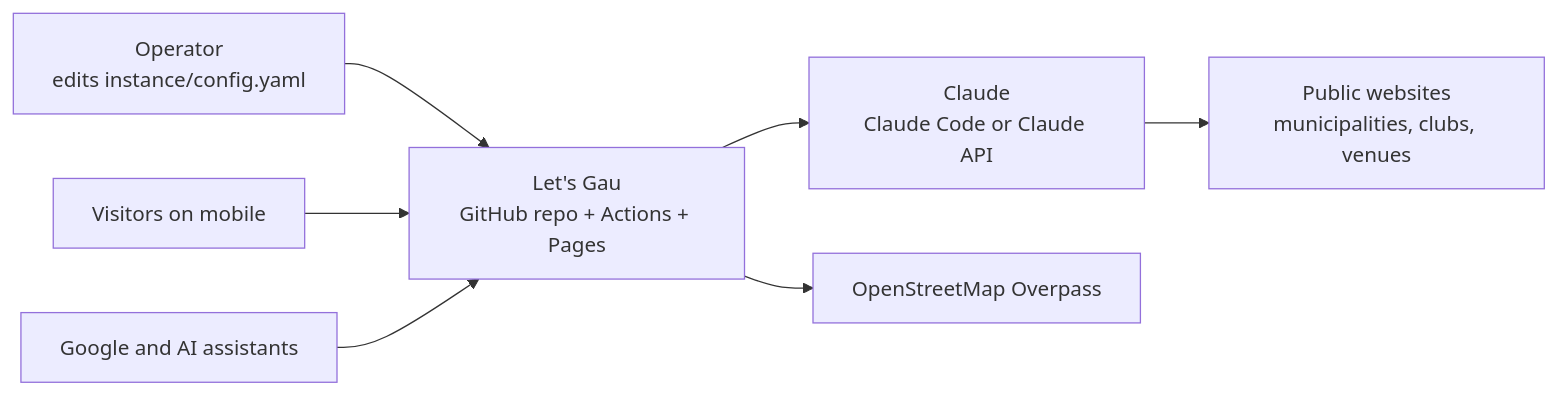
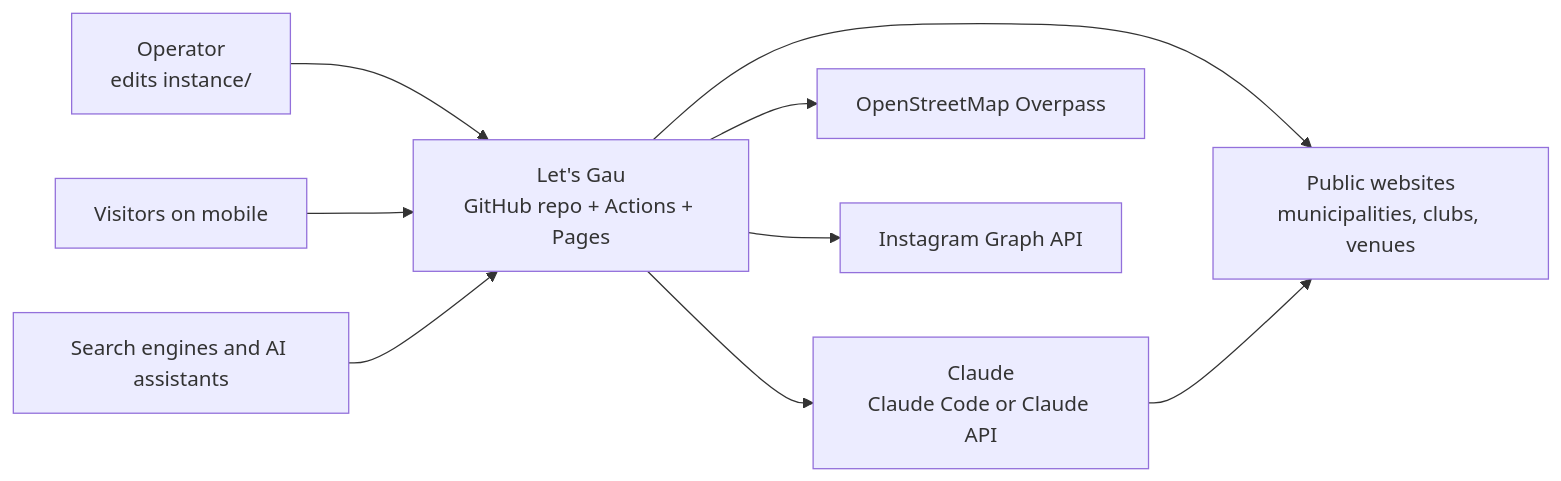
One commit to mat-los/letsgau changed the first of 4 diagrams in docs/ARCHITECTURE.md. Above: the diagram before and after it, drawn with Mermaid. The commit also changed other lines of this file and 7 other files, not shown here.

First line of the commit message:
docs: bring architecture, prompt list and operations up to date

````diff
--- a/docs/ARCHITECTURE.md
+++ b/docs/ARCHITECTURE.md
@@ -11,16 +13,19 @@
 ```mermaid
 flowchart LR
-  OP["Operator<br/>edits instance/config.yaml"]
+  OP["Operator<br/>edits instance/"]
   U["Visitors on mobile"]
-  AI["Google and AI assistants"]
+  AI["Search engines and AI assistants"]
   SYS["Let's Gau<br/>GitHub repo + Actions + Pages"]
   CL["Claude<br/>Claude Code or Claude API"]
   OSM["OpenStreetMap Overpass"]
   WEB["Public websites<br/>municipalities, clubs, venues"]
+  IG["Instagram Graph API"]
   OP --> SYS
   U --> SYS
   AI --> SYS
   SYS --> CL
   SYS --> OSM
+  SYS --> WEB
+  SYS --> IG
   CL --> WEB
 ```
````
